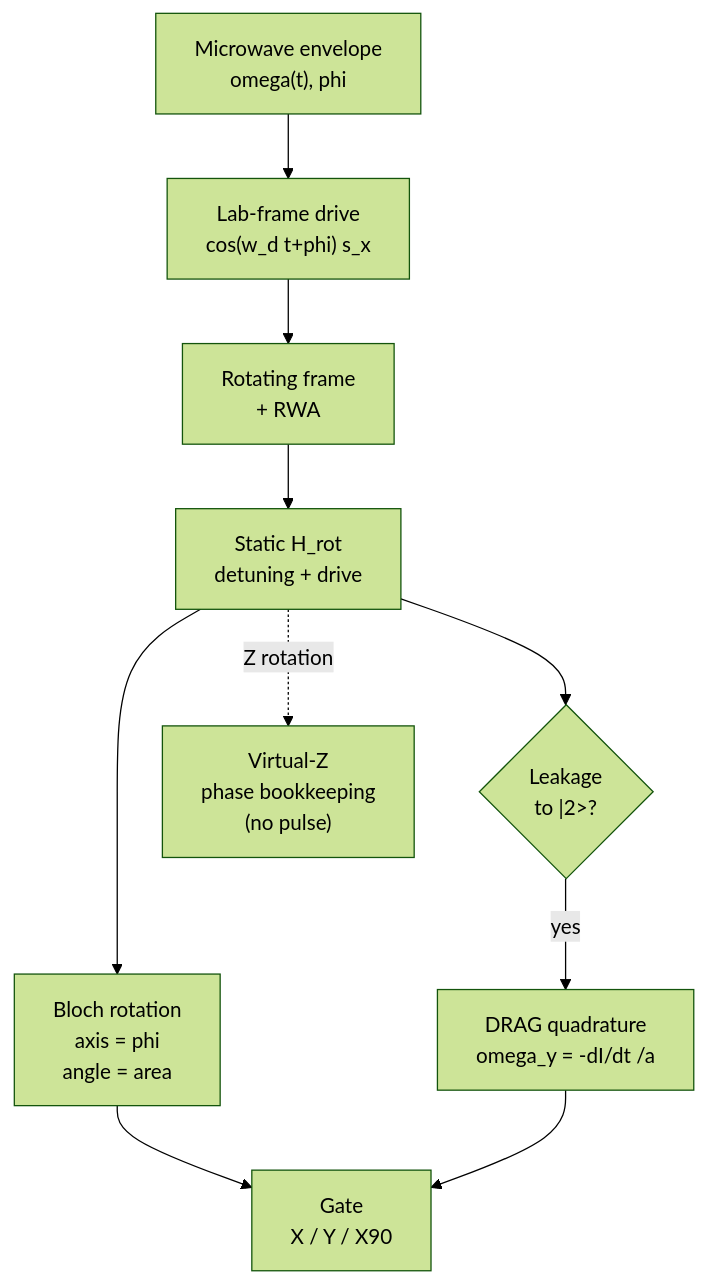
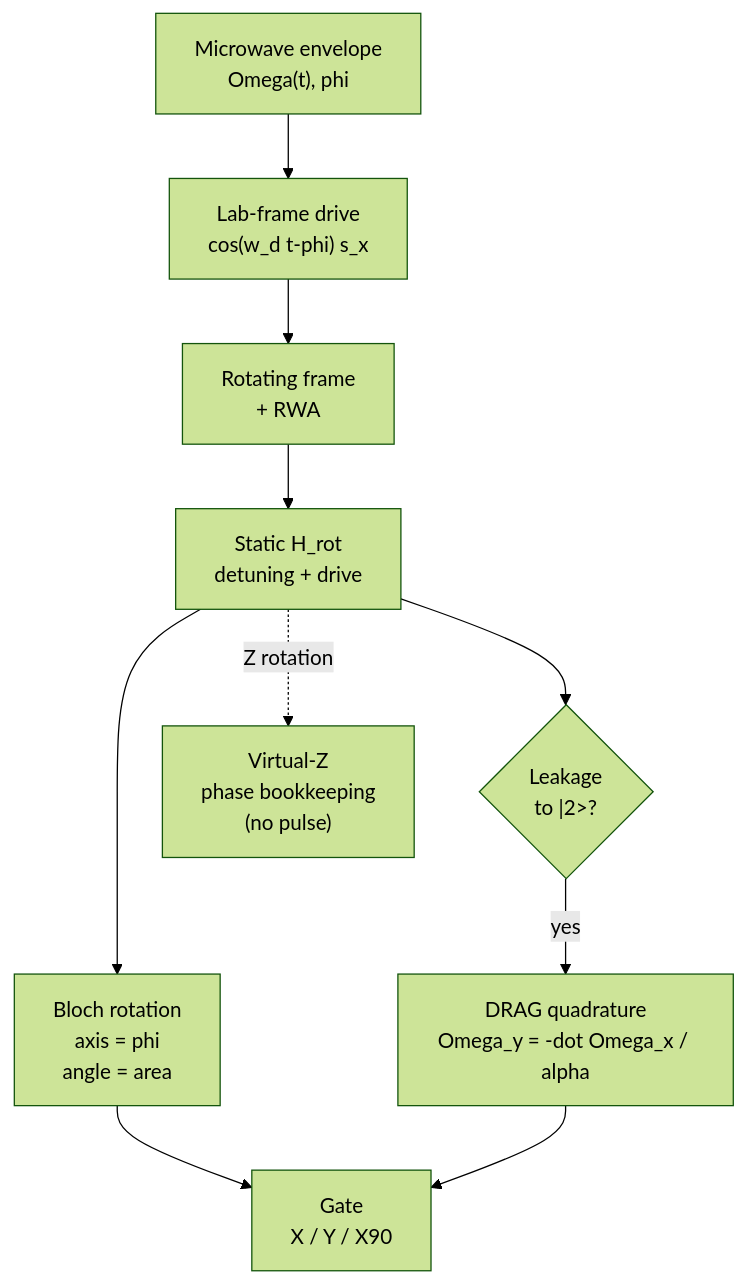
The first of 2 diagrams in tutorial/07-single-qubit-gates.md (Iamsohungrynow/superconducting-qubits-journey), drawn with Mermaid (forest theme) before and after one commit. The commit also changed other lines of this file and 17 other files, not shown here.

````diff
--- a/tutorial/07-single-qubit-gates.md
+++ b/tutorial/07-single-qubit-gates.md
@@ -7,12 +7,12 @@
 ```mermaid
 flowchart TD
-    A["Microwave envelope<br/>omega(t), phi"] --> B["Lab-frame drive<br/>cos(w_d t+phi) s_x"]
+    A["Microwave envelope<br/>Omega(t), phi"] --> B["Lab-frame drive<br/>cos(w_d t-phi) s_x"]
     B --> C["Rotating frame<br/>+ RWA"]
     C --> D["Static H_rot<br/>detuning + drive"]
     D --> E["Bloch rotation<br/>axis = phi<br/>angle = area"]
     E --> F["Gate<br/>X / Y / X90"]
     D --> G{"Leakage<br/>to |2>?"}
-    G -->|"yes"| H["DRAG quadrature<br/>omega_y = -dI/dt /a"]
+    G -->|"yes"| H["DRAG quadrature<br/>Omega_y = -dot Omega_x / alpha"]
     H --> F
     D -. "Z rotation" .-> I["Virtual-Z<br/>phase bookkeeping<br/>(no pulse)"]
 ```
````
